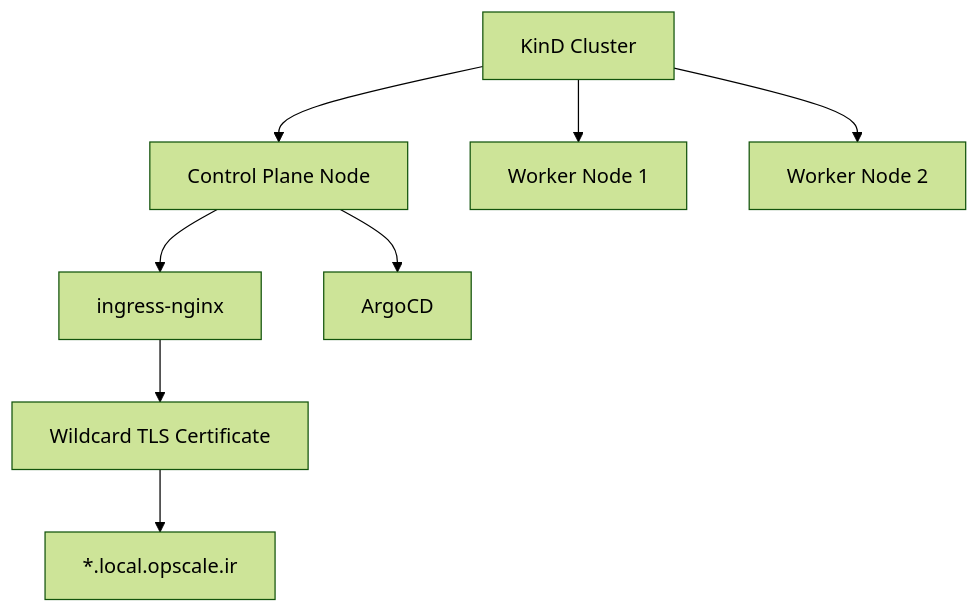
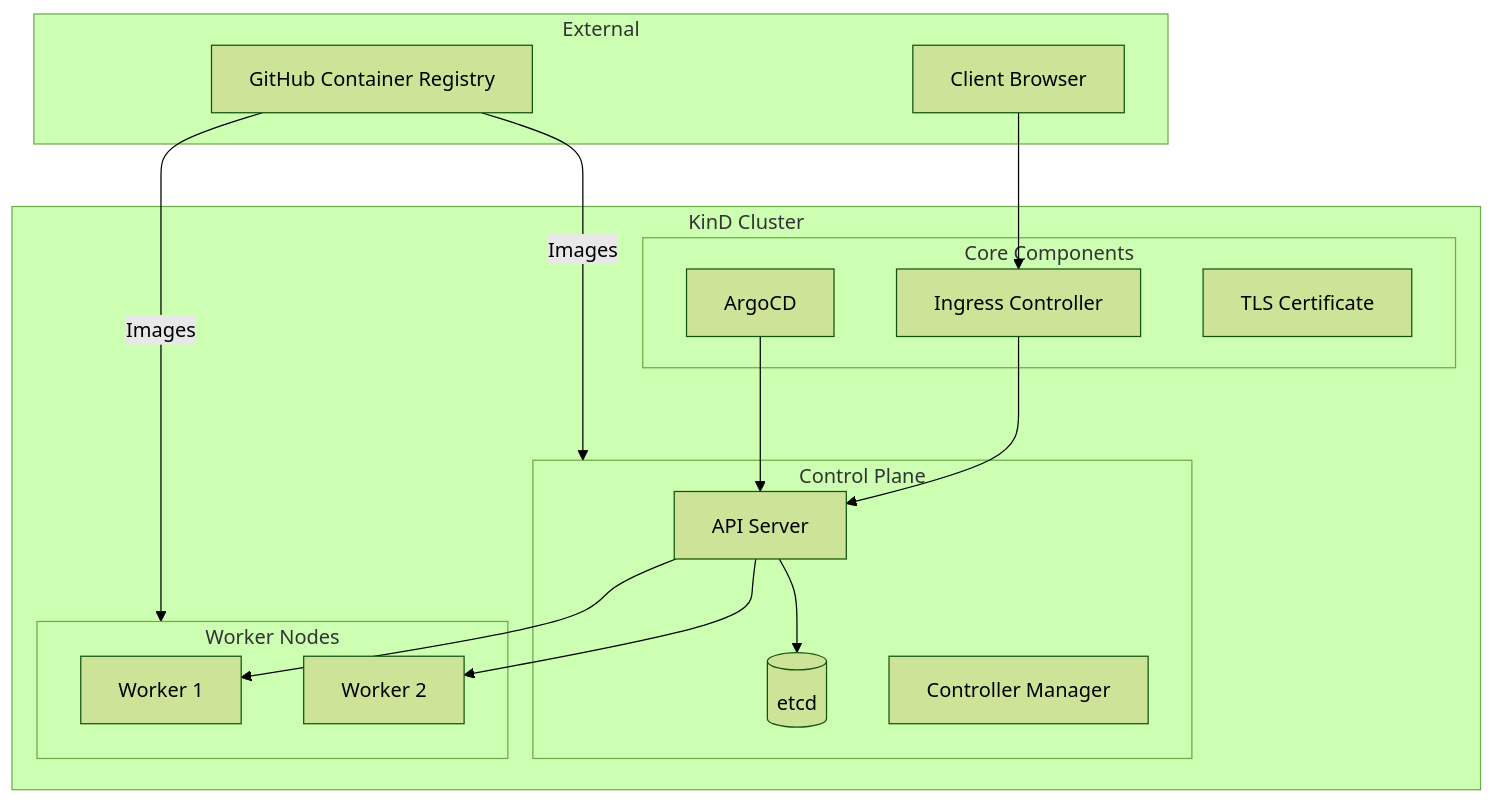
The first of 4 diagrams in README.md (OpScaleHub/kind), drawn with Mermaid (forest theme) before and after one commit. The commit also changed other lines of this file, not shown here.

First line of the commit message:
✨ chore: update README with architecture and process diagrams

````diff
--- a/README.md
+++ b/README.md
@@ -7,10 +7,35 @@
 ```mermaid
 graph TD
-    A[KinD Cluster] --> B[Control Plane Node]
-    A --> C[Worker Node 1]
-    A --> D[Worker Node 2]
-    B --> E[ingress-nginx]
-    B --> F[ArgoCD]
-    E --> G[Wildcard TLS Certificate]
-    G --> H[*.local.opscale.ir]
+    subgraph External
+        Client[Client Browser]
+        GHCR[GitHub Container Registry]
+    end
+
+    subgraph KinD["KinD Cluster"]
+        subgraph CP["Control Plane"]
+            API[API Server]
+            ETCD[(etcd)]
+            CM[Controller Manager]
+        end
+
+        subgraph Workers["Worker Nodes"]
+            W1[Worker 1]
+            W2[Worker 2]
+        end
+
+        subgraph Components["Core Components"]
+            ING[Ingress Controller]
+            ARGO[ArgoCD]
+            CERT[TLS Certificate]
+        end
+    end
+
+    Client --> ING
+    ING --> API
+    API --> ETCD
+    API --> W1
+    API --> W2
+    ARGO --> API
+    GHCR --> |Images| CP
+    GHCR --> |Images| Workers
 ```
````
